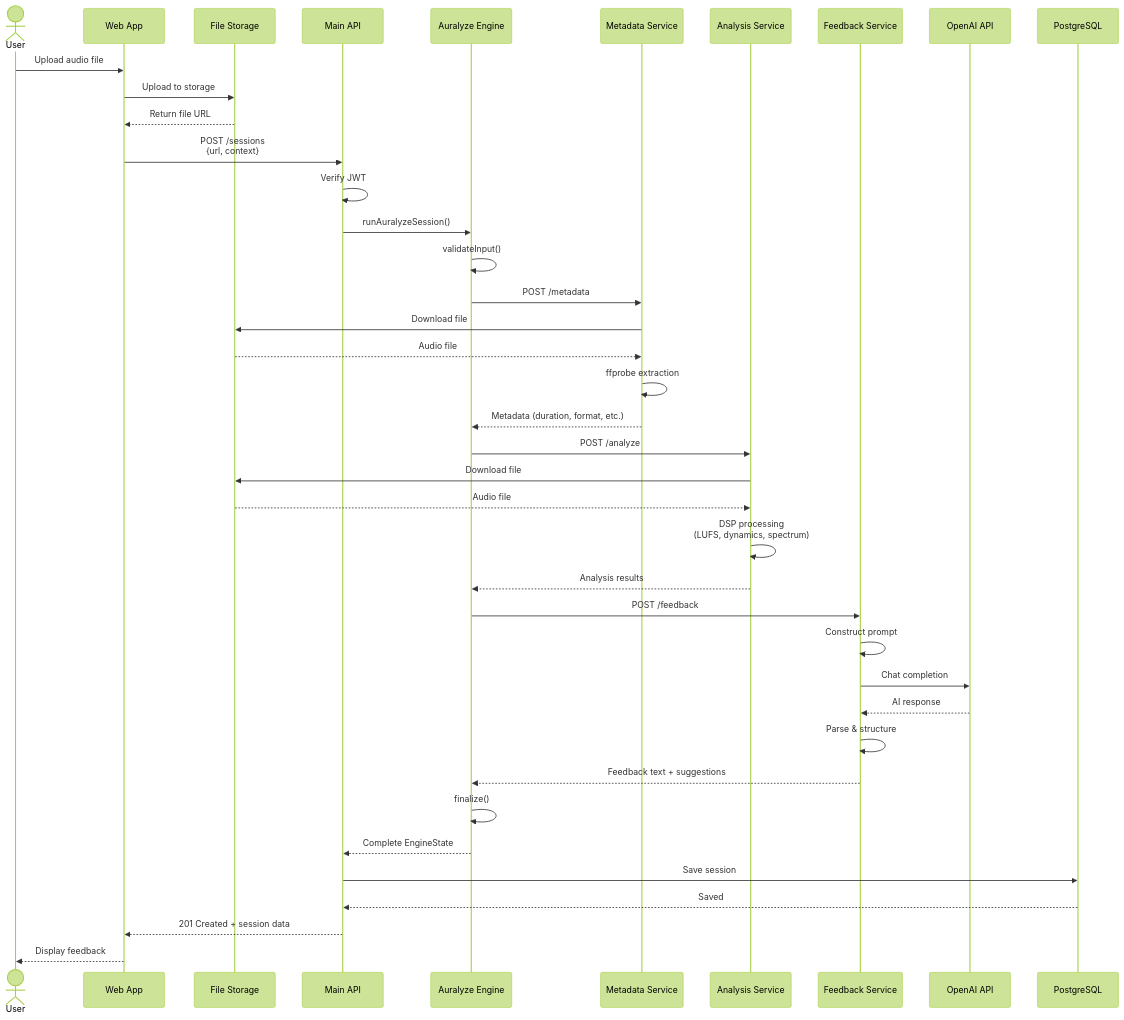
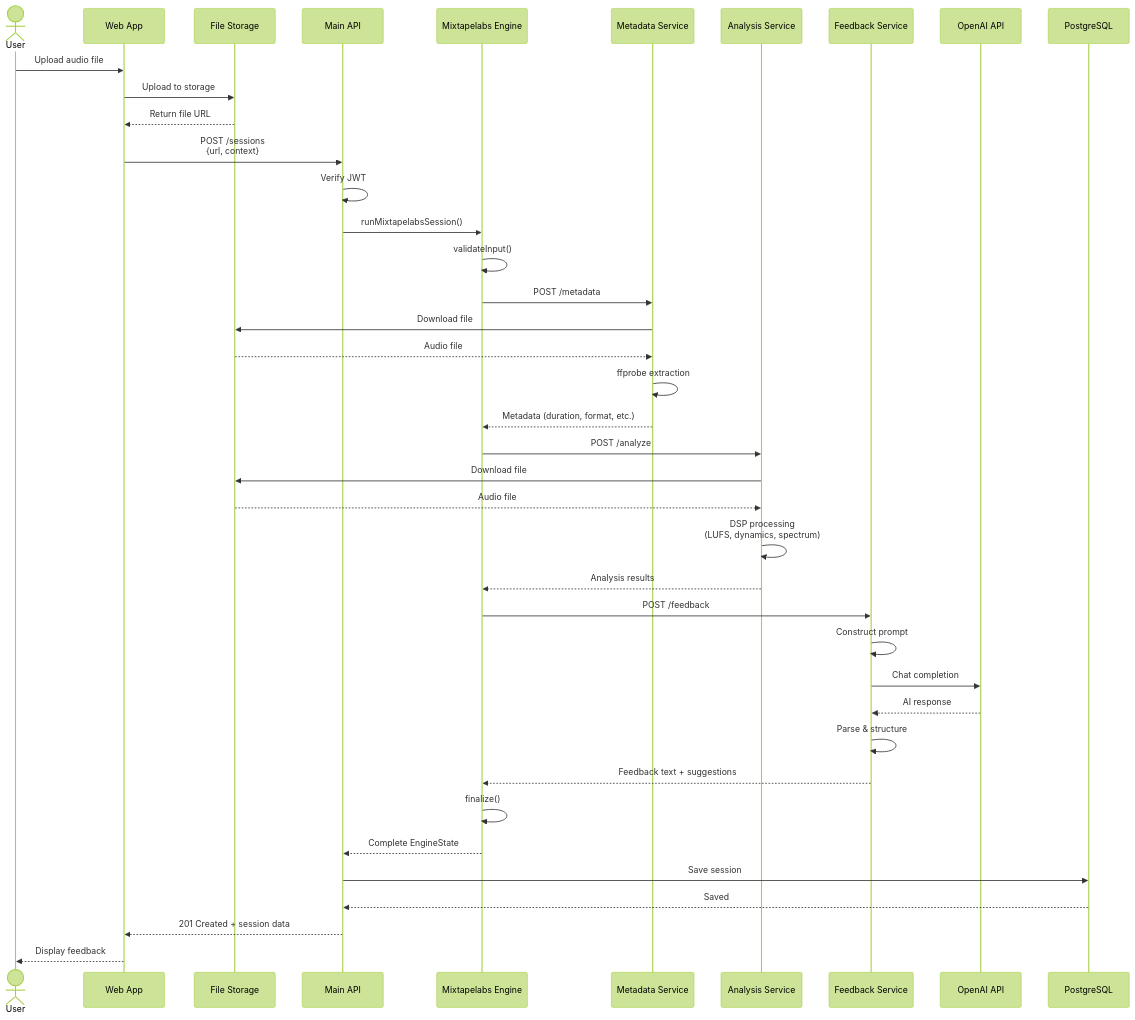
One commit to auralyze/docs changed the diagram in guide/architecture/session-lifecycle.md. Above: the diagram before and after it, drawn with Mermaid (forest theme). The commit also changed other lines of this file and 28 other files, not shown here.

Commit message:
Refactor documentation and code references from Auralyze to Mixtapelabs

````diff
--- a/guide/architecture/session-lifecycle.md
+++ b/guide/architecture/session-lifecycle.md
@@ -11,51 +11,51 @@
 ```mermaid
 sequenceDiagram
     actor User
     participant Web as Web App
     participant CDN as File Storage
     participant API as Main API
-    participant Engine as Auralyze Engine
+    participant Engine as Mixtapelabs Engine
     participant Meta as Metadata Service
     participant Analysis as Analysis Service
     participant Feedback as Feedback Service
     participant OpenAI as OpenAI API
     participant DB as PostgreSQL
 
     User->>Web: Upload audio file
     Web->>CDN: Upload to storage
     CDN-->>Web: Return file URL
 
     Web->>API: POST /sessions<br/>{url, context}
     API->>API: Verify JWT
-    API->>Engine: runAuralyzeSession()
+    API->>Engine: runMixtapelabsSession()
 
     Engine->>Engine: validateInput()
 
     Engine->>Meta: POST /metadata
     Meta->>CDN: Download file
     CDN-->>Meta: Audio file
     Meta->>Meta: ffprobe extraction
     Meta-->>Engine: Metadata (duration, format, etc.)
 
     Engine->>Analysis: POST /analyze
     Analysis->>CDN: Download file
     CDN-->>Analysis: Audio file
     Analysis->>Analysis: DSP processing<br/>(LUFS, dynamics, spectrum)
     Analysis-->>Engine: Analysis results
 
     Engine->>Feedback: POST /feedback
     Feedback->>Feedback: Construct prompt
     Feedback->>OpenAI: Chat completion
     OpenAI-->>Feedback: AI response
     Feedback->>Feedback: Parse & structure
     Feedback-->>Engine: Feedback text + suggestions
 
     Engine->>Engine: finalize()
     Engine-->>API: Complete EngineState
 
     API->>DB: Save session
     DB-->>API: Saved
 
     API-->>Web: 201 Created + session data
     Web-->>User: Display feedback
 ```
````
